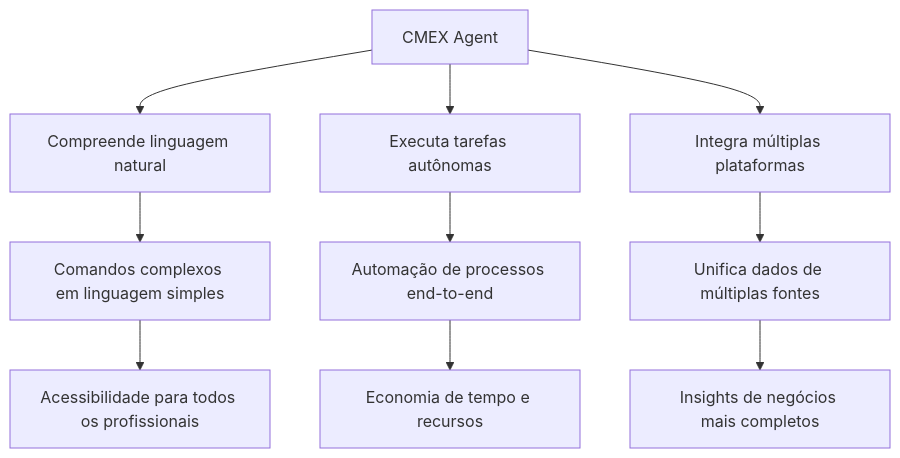
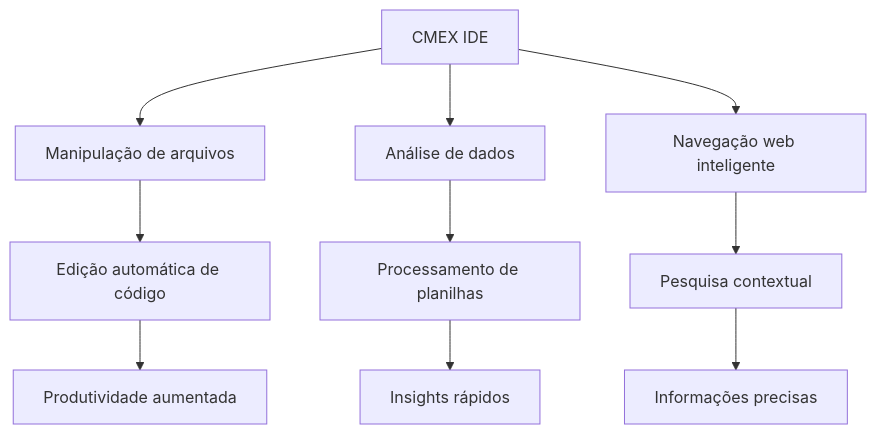
Before and after one commit to nextlw/cmex_poc: the second of 7 diagrams in docs/apresentacao/agente_ia_generativo-press.md, drawn with Mermaid. The commit also changed other lines of this file and 7 other files, not shown here.

````diff
--- a/docs/apresentacao/agente_ia_generativo-press.md
+++ b/docs/apresentacao/agente_ia_generativo-press.md
@@ -45,12 +43,12 @@
 ```mermaid
 graph TD
-    A[CMEX Agent] --> B[Compreende linguagem natural]
-    A --> C[Executa tarefas autônomas]
-    A --> D[Integra múltiplas plataformas]
-    B --> E[Comandos complexos em linguagem simples]
-    C --> F[Automação de processos end-to-end]
-    D --> G[Unifica dados de múltiplas fontes]
-    E --> H[Acessibilidade para todos os profissionais]
-    F --> I[Economia de tempo e recursos]
-    G --> J[Insights de negócios mais completos]
+    A[CMEX IDE] --> B[Manipulação de arquivos]
+    A --> C[Análise de dados]
+    A --> D[Navegação web inteligente]
+    B --> E[Edição automática de código]
+    C --> F[Processamento de planilhas]
+    D --> G[Pesquisa contextual]
+    E --> H[Produtividade aumentada]
+    F --> I[Insights rápidos]
+    G --> J[Informações precisas]
 ```
````
